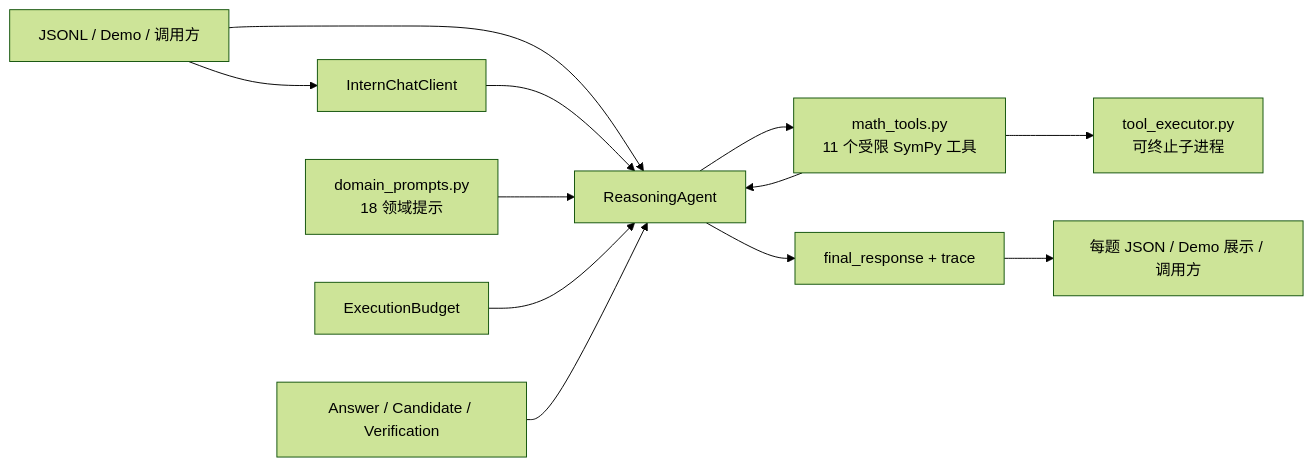
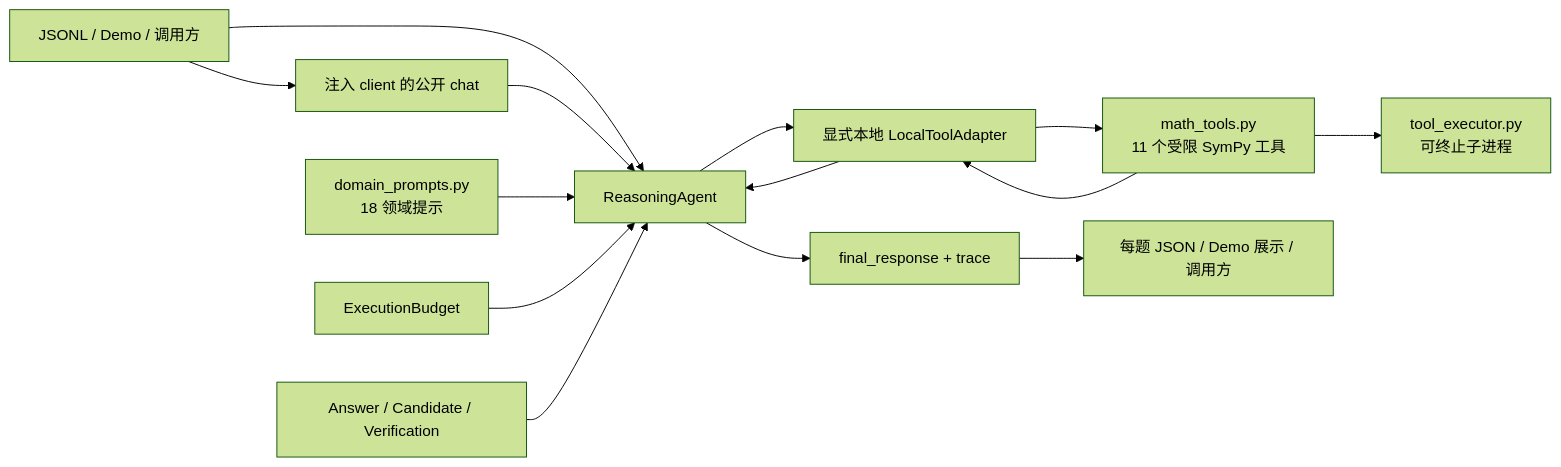
One commit to huangchen725/math_agent changed the diagram in ARCHITECTURE.md. Above: the diagram before and after it, drawn with Mermaid (forest theme). The commit also changed other lines of this file and 17 other files, not shown here.

````diff
--- a/ARCHITECTURE.md
+++ b/ARCHITECTURE.md
@@ -36,14 +40,16 @@
 ```mermaid
 flowchart LR
-    I[JSONL / Demo / 调用方] --> C[InternChatClient]
+    I[JSONL / Demo / 调用方] --> C[注入 client 的公开 chat]
     I --> A[ReasoningAgent]
     C --> A
     D[domain_prompts.py<br/>18 领域提示] --> A
     B[ExecutionBudget] --> A
-    A --> T[math_tools.py<br/>11 个受限 SymPy 工具]
+    A --> L[显式本地 LocalToolAdapter]
+    L --> T[math_tools.py<br/>11 个受限 SymPy 工具]
     T --> P[tool_executor.py<br/>可终止子进程]
-    T --> A
+    T --> L
+    L --> A
     E[Answer / Candidate / Verification] --> A
     A --> R[final_response + trace]
     R --> O[每题 JSON / Demo 展示 / 调用方]
 ```
````
